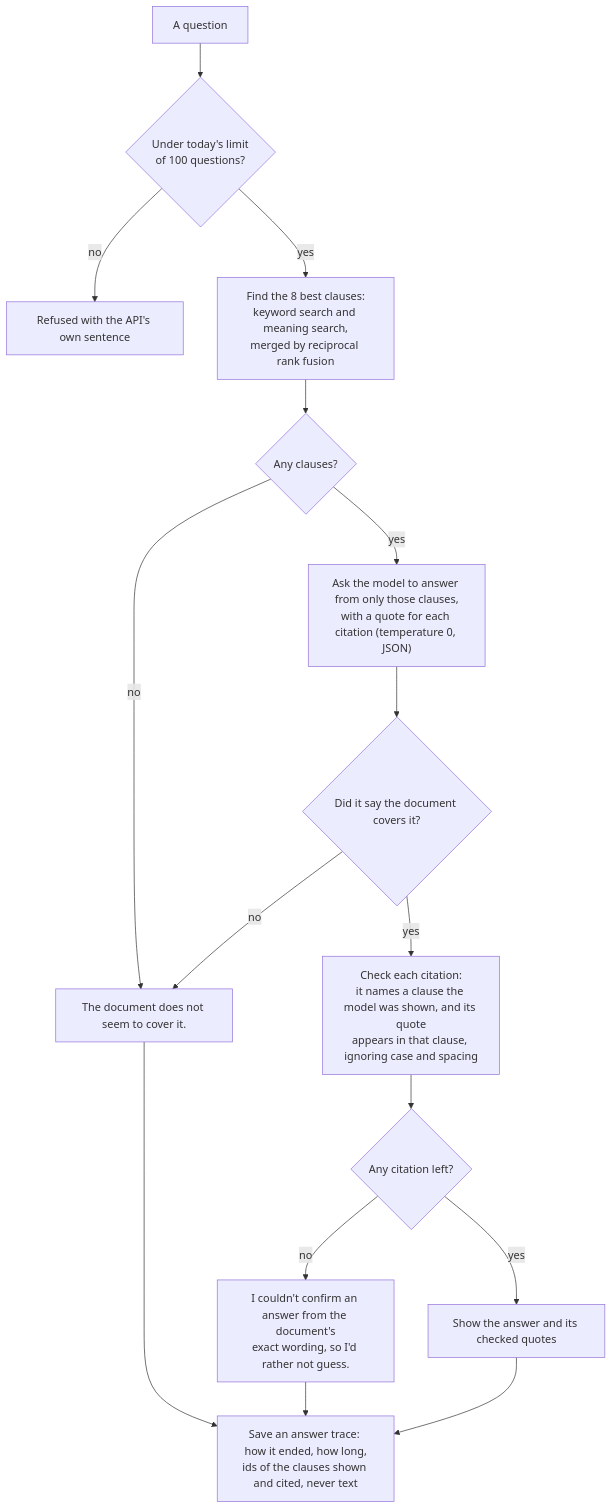
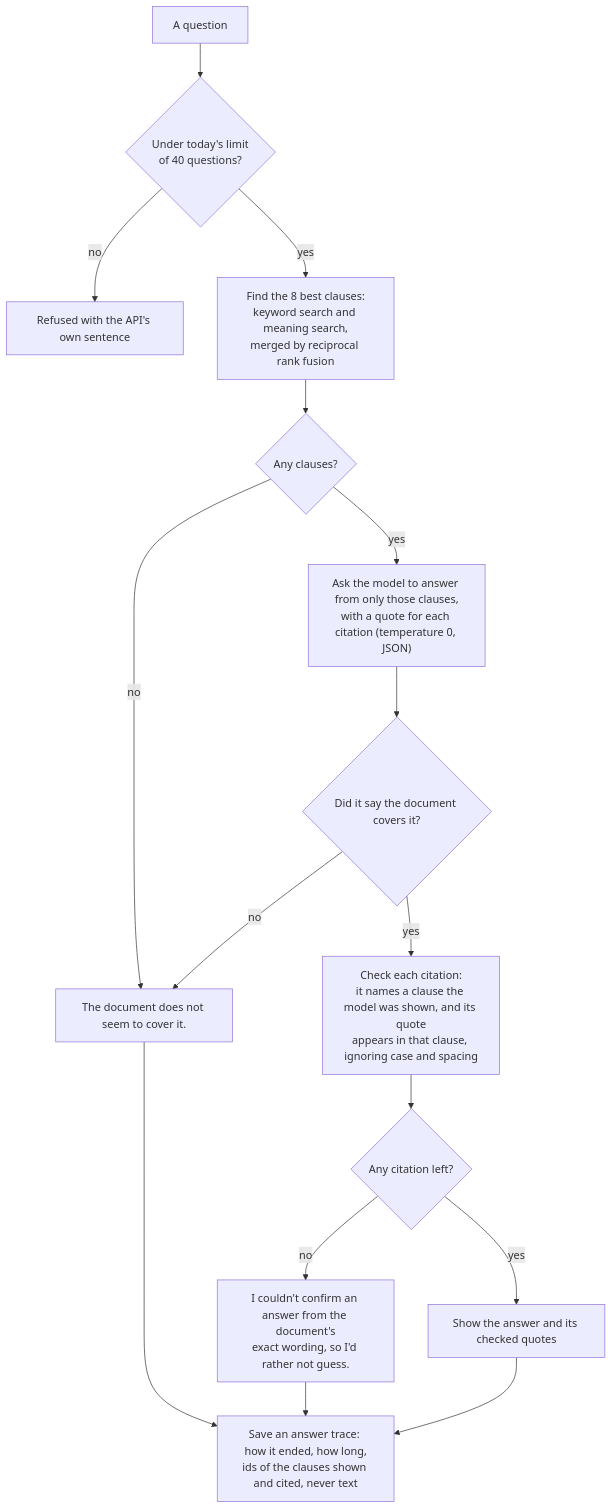
One commit to iamshrey10/Brief changed the fourth of 5 diagrams in docs/ARCHITECTURE.md. Above: the diagram before and after it, drawn with Mermaid. The commit also changed 15 other files, not shown here.

````diff
--- a/docs/ARCHITECTURE.md
+++ b/docs/ARCHITECTURE.md
@@ -124,18 +124,18 @@
 ```mermaid
 flowchart TD
-    Q["A question"] --> Spend{"Under today's limit<br/>of 100 questions?"}
+    Q["A question"] --> Spend{"Under today's limit<br/>of 40 questions?"}
     Spend -- no --> Limit["Refused with the API's own sentence"]
     Spend -- yes --> Search["Find the 8 best clauses:<br/>keyword search and meaning search,<br/>merged by reciprocal rank fusion"]
     Search --> None{"Any clauses?"}
     None -- no --> NotFound
     None -- yes --> Ask["Ask the model to answer from only those clauses,<br/>with a quote for each citation (temperature 0, JSON)"]
     Ask --> Found{"Did it say the document covers it?"}
     Found -- no --> NotFound["The document does not seem to cover it."]
     Found -- yes --> Check["Check each citation:<br/>it names a clause the model was shown, and its quote<br/>appears in that clause, ignoring case and spacing"]
     Check --> Any{"Any citation left?"}
     Any -- no --> Withheld["I couldn't confirm an answer from the document's<br/>exact wording, so I'd rather not guess."]
     Any -- yes --> Show["Show the answer and its checked quotes"]
     NotFound --> Trace
     Withheld --> Trace
     Show --> Trace["Save an answer trace: how it ended, how long,<br/>ids of the clauses shown and cited, never text"]
 ```
````
